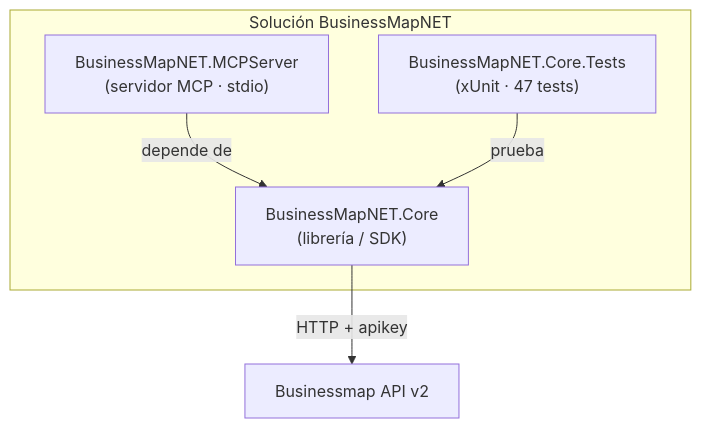
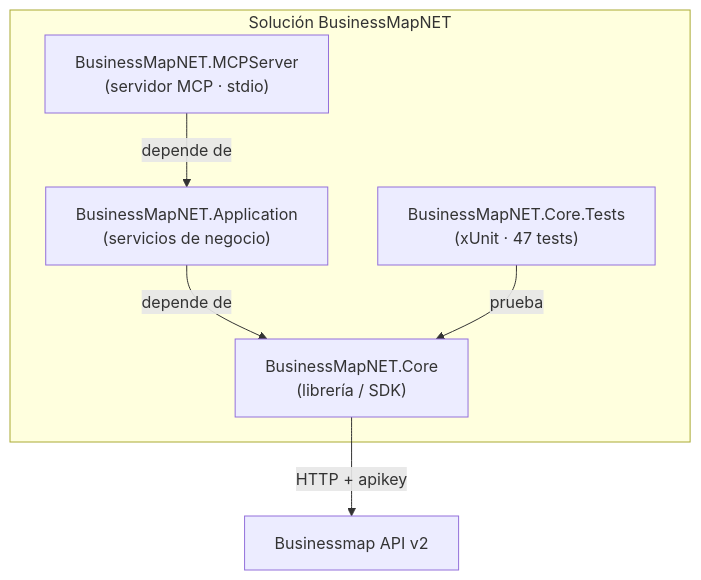
One commit to dpuntos/Businessmap-MCP-Server changed the first of 5 diagrams in README_es.md. Above: the diagram before and after it, drawn with Mermaid. The commit also changed other lines of this file and 30 other files, not shown here.

````diff
--- a/README_es.md
+++ b/README_es.md
@@ -158,13 +168,15 @@
 ```mermaid
 graph TD
 	subgraph Solucion["Solución BusinessMapNET"]
 		Core["BusinessMapNET.Core<br/>(librería / SDK)"]
+		App["BusinessMapNET.Application<br/>(servicios de negocio)"]
 		MCP["BusinessMapNET.MCPServer<br/>(servidor MCP · stdio)"]
 		Tests["BusinessMapNET.Core.Tests<br/>(xUnit · 47 tests)"]
 	end
 
-	MCP -->|"depende de"| Core
+	MCP -->|"depende de"| App
+	App -->|"depende de"| Core
 	Tests -->|"prueba"| Core
 
 	Core -->|"HTTP + apikey"| API["Businessmap API v2"]
 ```
````
